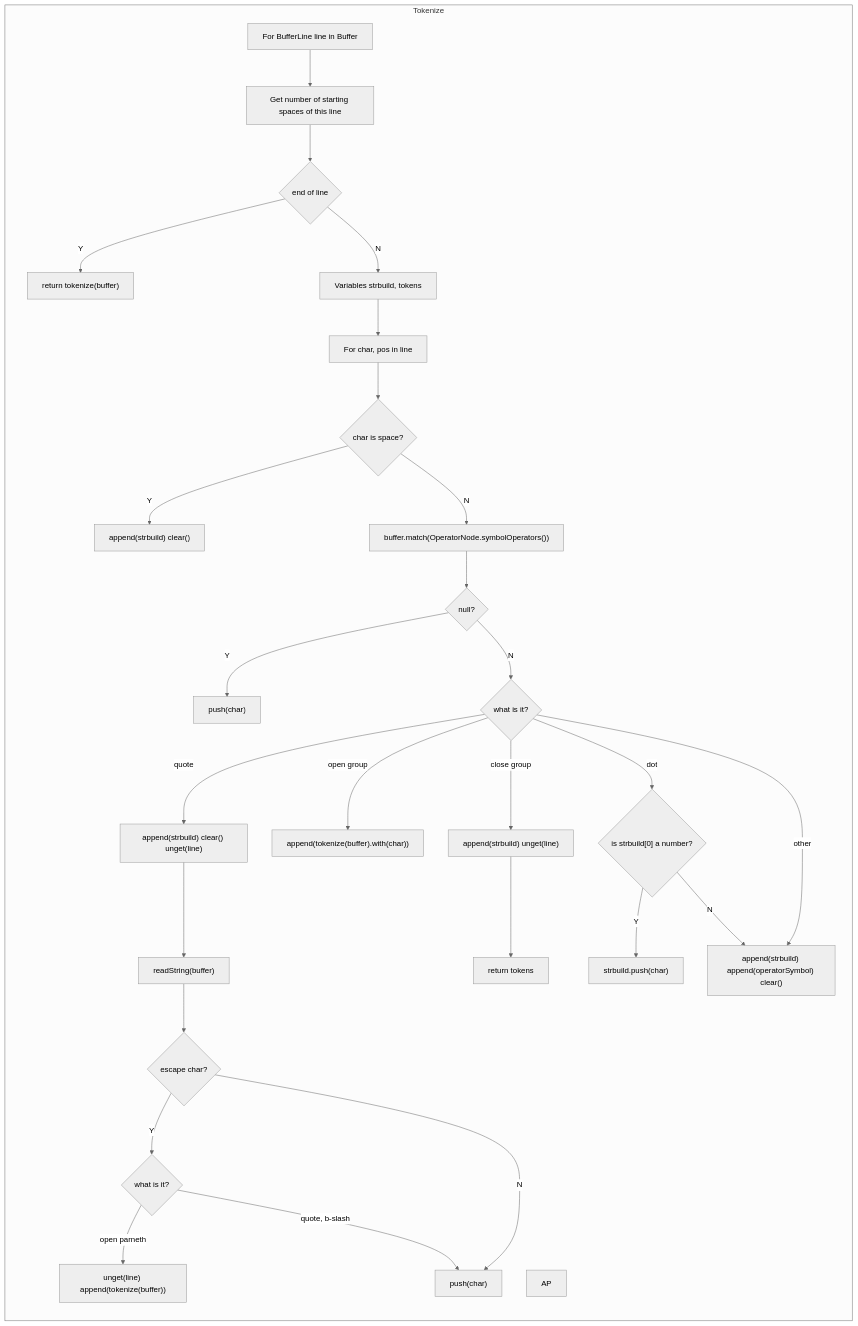
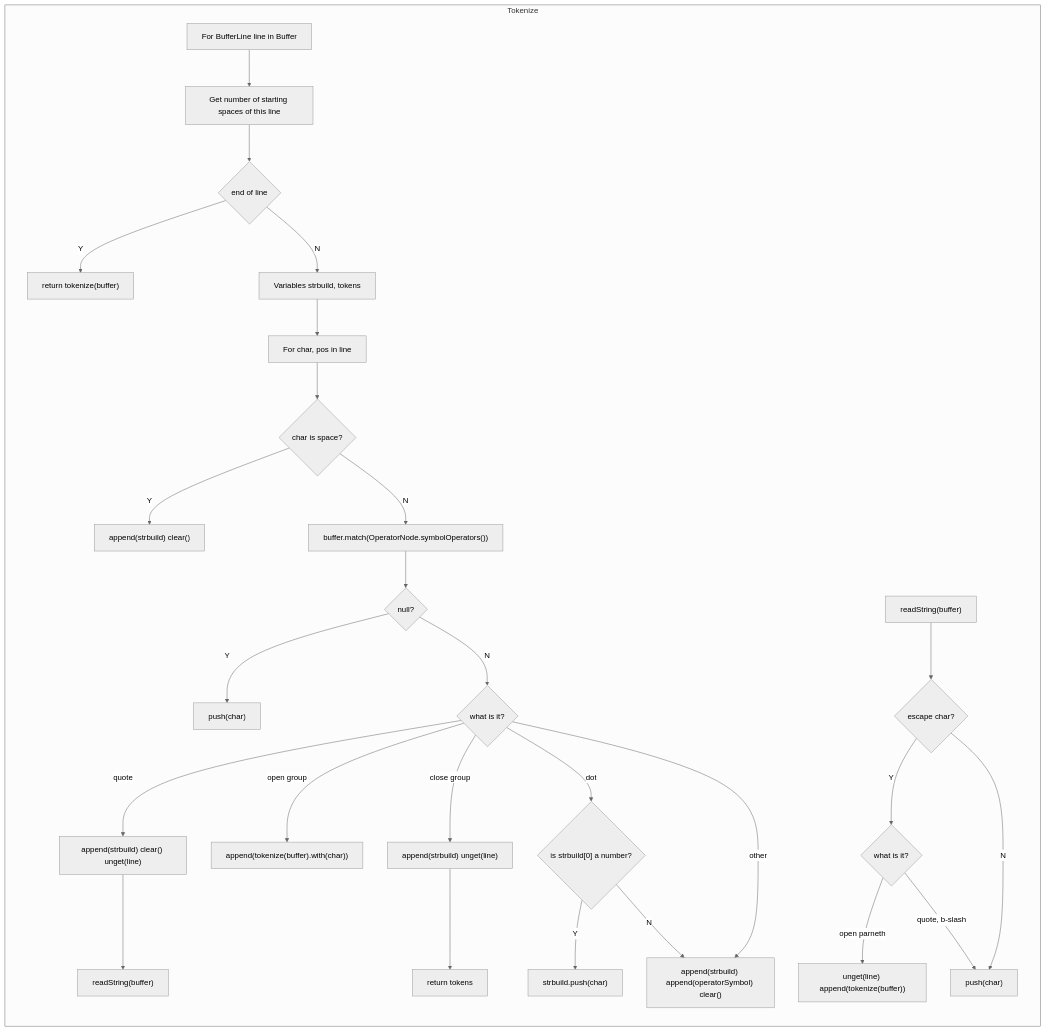
One commit to Jzhyang1/Monomer changed the eighth of 8 diagrams in Implementation.md. Above: the diagram before and after it, drawn with Mermaid (neutral theme). The commit also changed other lines of this file, not shown here.

````diff
--- a/Implementation.md
+++ b/Implementation.md
@@ -259,33 +259,32 @@
 ```mermaid
 graph LR
 subgraph sg1["Tokenize"]
 	A[For BufferLine line in Buffer] --> B[Get number of starting spaces of this line]
 	--> C1{end of line}
 	C1 -- Y --> C2["return tokenize(buffer)"]
 	C1 -- N --> C[Variables strbuild, tokens]
 	 --> D[For char, pos in line] 
 	 --> E{char is space?}
 	E -- Y --> Y["append(strbuild) clear()"]
 	E -- N --> F["buffer.match(OperatorNode.symbolOperators())"]
 	F --> G{null?}
 	G -- Y --> H["push(char)"]
 	G -- N --> Z{what is it?}
 	Z -- quote --> J["append(strbuild) clear() unget(line)"]
 	J --> P["readString(buffer)"] 
-	P --> Q{escape char?}
-	Q -- Y --> R{what is it?}
-	R -- "open parneth" --> T["unget(line) append(tokenize(buffer))"]
-	R -- "quote, b-slash" --> S
-	Q -- N --> S["push(char)"]
 	Z -- "open group"
 	 --> AC["append(tokenize(buffer).with(char))"]
 	Z -- "close group" --> BA["append(strbuild) unget(line)"]
 	--> BB[return tokens]
 	Z -- dot --> K{"is strbuild[0] a number?"}
 	K -- Y --> L["strbuild.push(char)"]
 	K -- N --> I
 	Z -- other --> I["append(strbuild) append(operatorSymbol) clear()"]
 
-AP
+AP["readString(buffer)"] --> Q{escape char?}
+	Q -- Y --> R{what is it?}
+	R -- "open parneth" --> T["unget(line) append(tokenize(buffer))"]
+	R -- "quote, b-slash" --> S
+	Q -- N --> S["push(char)"]
 end
 ```
````
